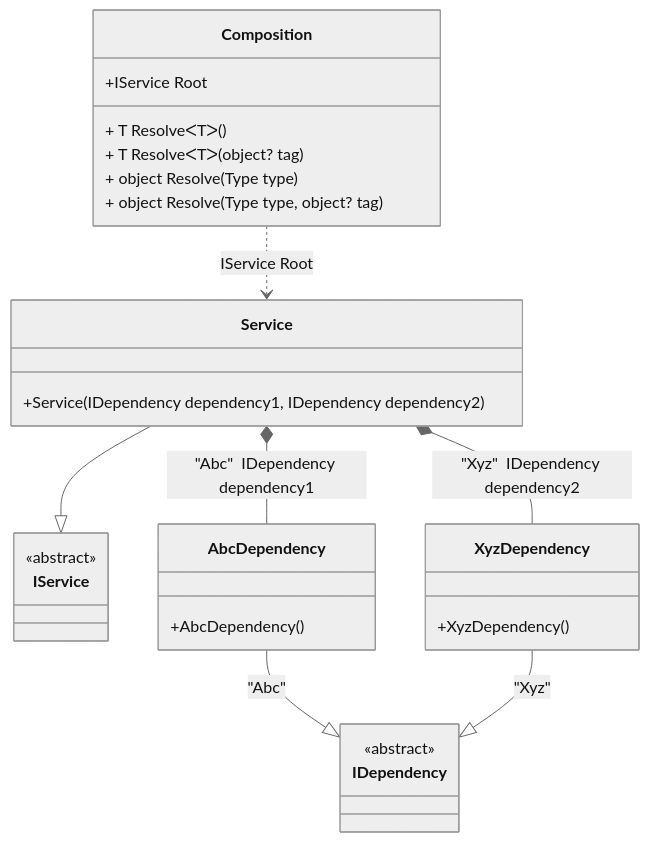
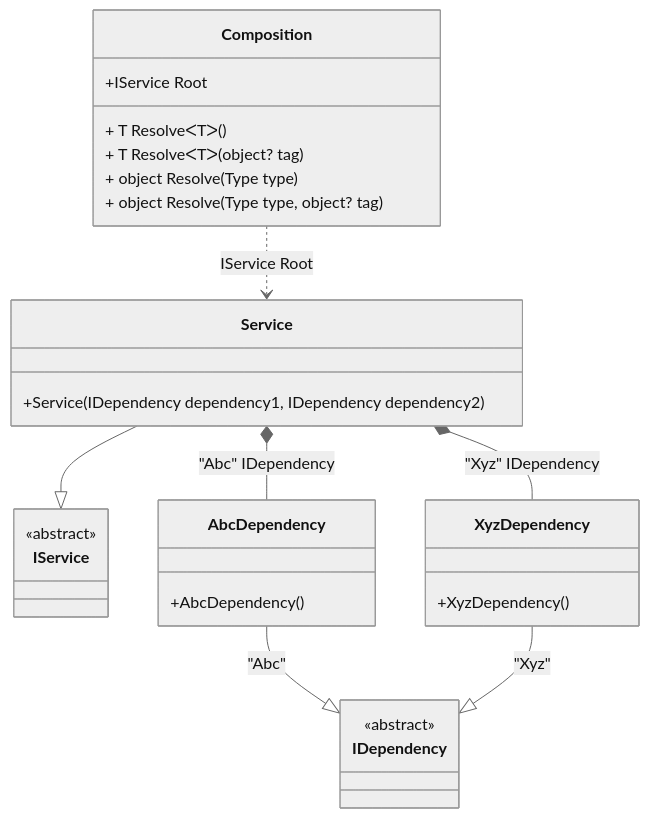
The diagram in readme/tag-attribute.md (DevTeam/Pure.DI), drawn with Mermaid (neutral theme) before and after one commit. The commit also changed other lines of this file and 84 other files, not shown here.

````diff
--- a/readme/tag-attribute.md
+++ b/readme/tag-attribute.md
@@ -52,31 +52,31 @@
 ```mermaid
 classDiagram
   class Composition {
     +IService Root
     + T ResolveᐸTᐳ()
     + T ResolveᐸTᐳ(object? tag)
     + object Resolve(Type type)
     + object Resolve(Type type, object? tag)
   }
   Service --|> IService : 
   class Service {
     +Service(IDependency dependency1, IDependency dependency2)
   }
   AbcDependency --|> IDependency : "Abc" 
   class AbcDependency {
     +AbcDependency()
   }
   XyzDependency --|> IDependency : "Xyz" 
   class XyzDependency {
     +XyzDependency()
   }
   class IService {
     <<abstract>>
   }
   class IDependency {
     <<abstract>>
   }
-  Service *--  AbcDependency : "Abc"  IDependency dependency1
-  Service *--  XyzDependency : "Xyz"  IDependency dependency2
+  Service *--  AbcDependency : "Abc"  IDependency
+  Service *--  XyzDependency : "Xyz"  IDependency
   Composition ..> Service : IService Root
 ```
````
